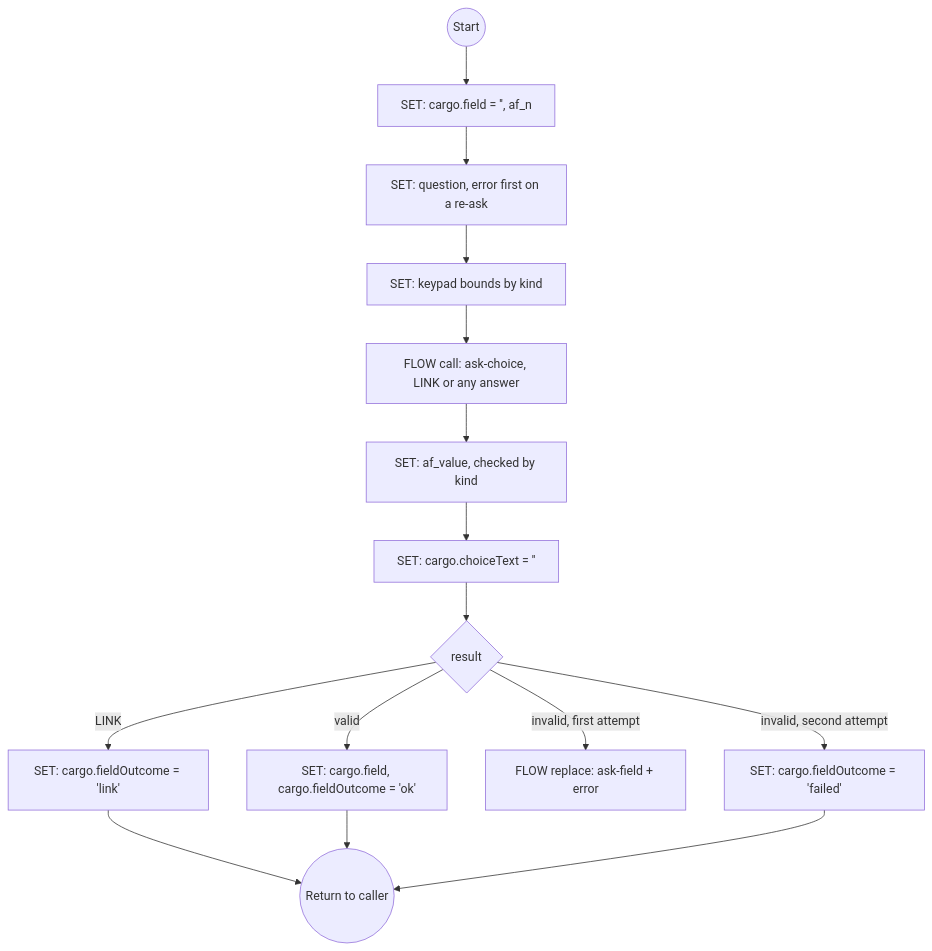
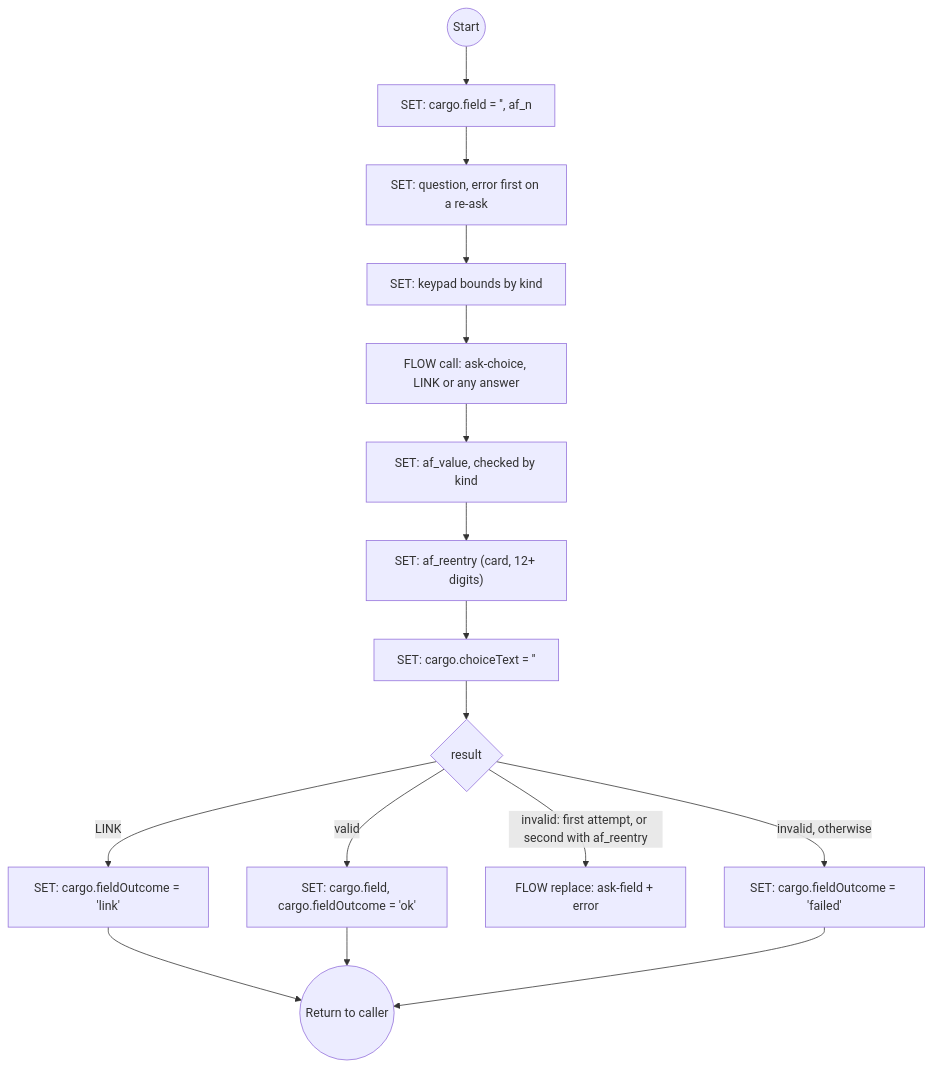
One commit to ronpinkas/jsfe changed diagram 21 of 22 in docs/system-flows.md. Above: the diagram before and after it, drawn with Mermaid. The commit also changed other lines of this file and 1 other file, not shown here.

First line of the commit message:
system flows: ask-field 1.2.3 (card number completes by card length on the keypad; a third try on a clear re-entry); docs current

````diff
--- a/docs/system-flows.md
+++ b/docs/system-flows.md
@@ -1321,17 +1322,18 @@
 ```mermaid
 graph TD
     start((Start)) --> af_attempt["SET: cargo.field = '', af_n"]
     af_attempt --> af_question[SET: question, error first on a re-ask]
     af_question --> af_keypad[SET: keypad bounds by kind]
     af_keypad --> af_ask[FLOW call: ask-choice, LINK or any answer]
     af_ask --> af_read[SET: af_value, checked by kind]
-    af_read --> af_forget["SET: cargo.choiceText = ''"]
+    af_read --> af_reentry["SET: af_reentry (card, 12+ digits)"]
+    af_reentry --> af_forget["SET: cargo.choiceText = ''"]
     af_forget --> af_route{result}
     af_route -->|LINK| af_link["SET: cargo.fieldOutcome = 'link'"]
     af_route -->|valid| af_ok["SET: cargo.field, cargo.fieldOutcome = 'ok'"]
-    af_route -->|invalid, first attempt| af_again[FLOW replace: ask-field + error]
-    af_route -->|invalid, second attempt| af_failed["SET: cargo.fieldOutcome = 'failed'"]
+    af_route -->|invalid: first attempt, or second with af_reentry| af_again[FLOW replace: ask-field + error]
+    af_route -->|invalid, otherwise| af_failed["SET: cargo.fieldOutcome = 'failed'"]
     af_link --> stop((Return to caller))
     af_ok --> stop
     af_failed --> stop
 ```
````
